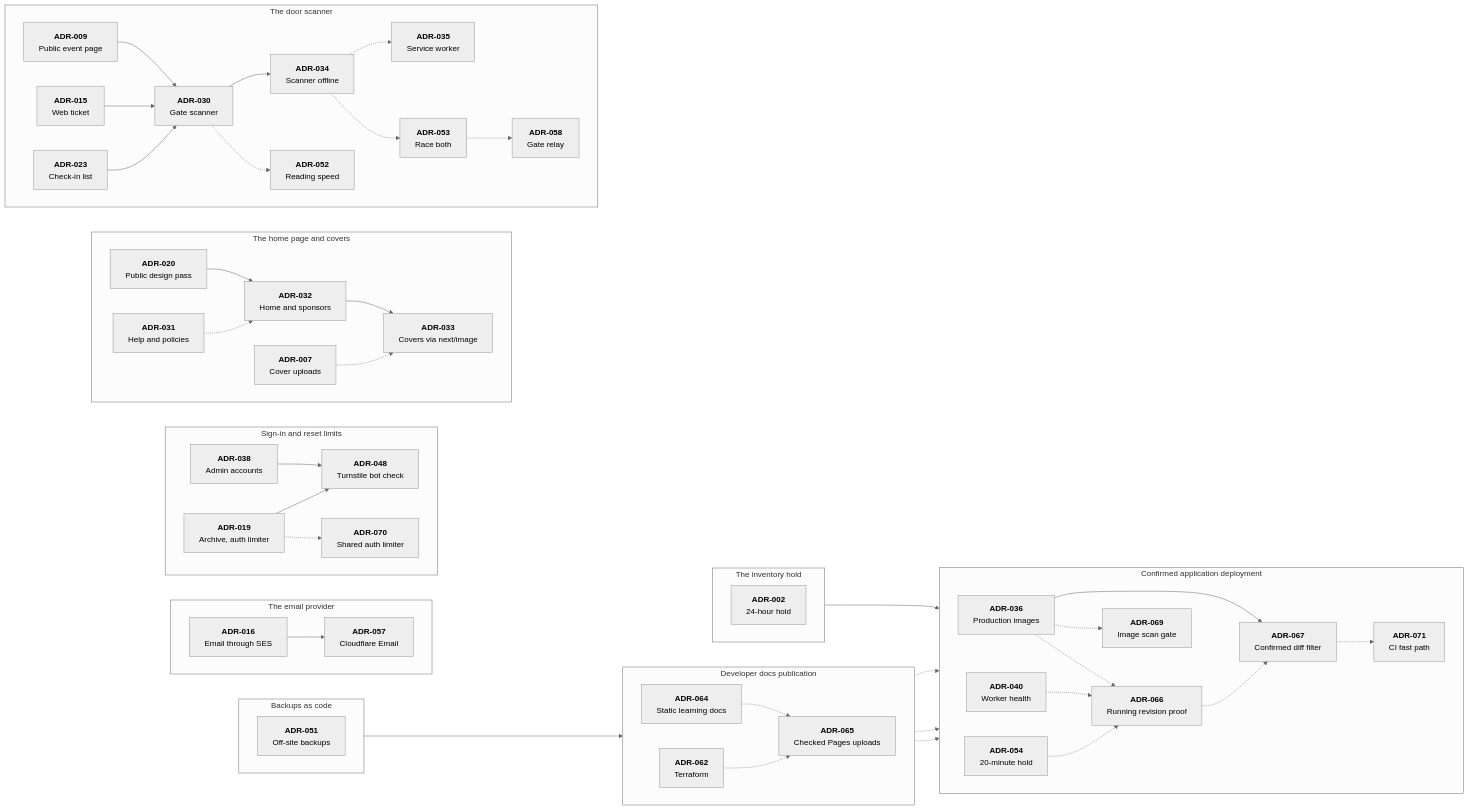
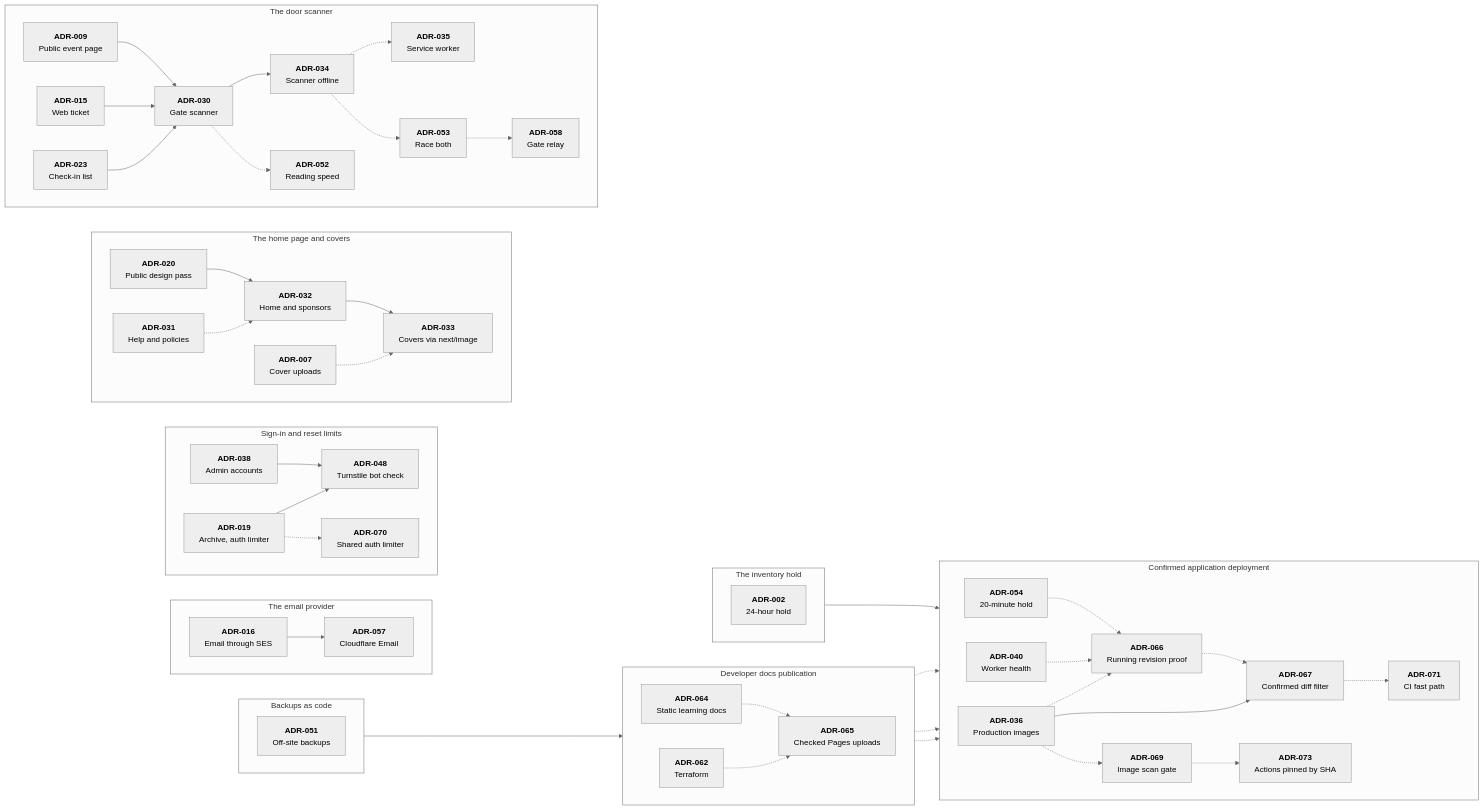
Before and after one commit to Ashfak-Hossain/EchoAndAura: the diagram in docs/decisions/README.md, drawn with Mermaid (neutral theme). The commit also changed other lines of this file and 12 other files, not shown here.

```diff
--- a/docs/decisions/README.md
+++ b/docs/decisions/README.md
@@ -77,6 +77,8 @@
         Image scan gate`"]
         a071["`**ADR-071**
         CI fast path`"]
+        a073["`**ADR-073**
+        Actions pinned by SHA`"]
         a036 -.-> a066
         a040 -.-> a066
         a054 -.-> a066
@@ -87,6 +89,7 @@
         a036 -.-> a069
         a065 -.-> a071
         a067 -.-> a071
+        a069 -.-> a073
     end
     %% Mermaid draws the last group on top, so the groups are declared bottom first.
     subgraph backups ["Backups as code"]
```
